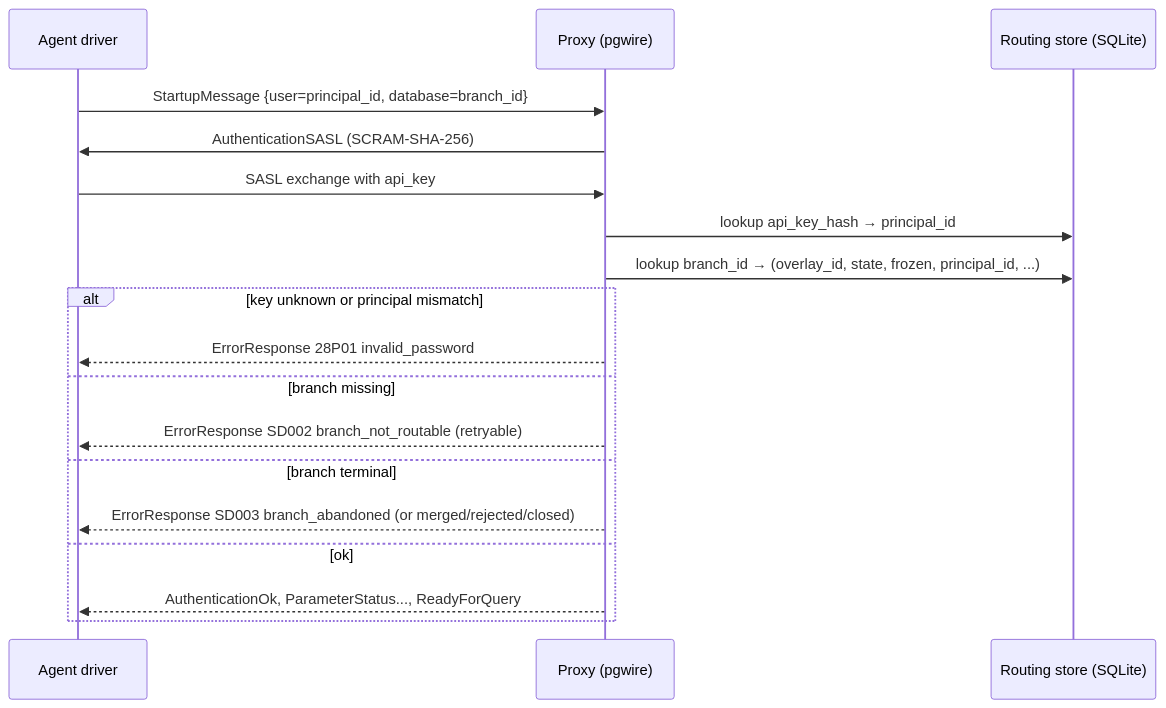
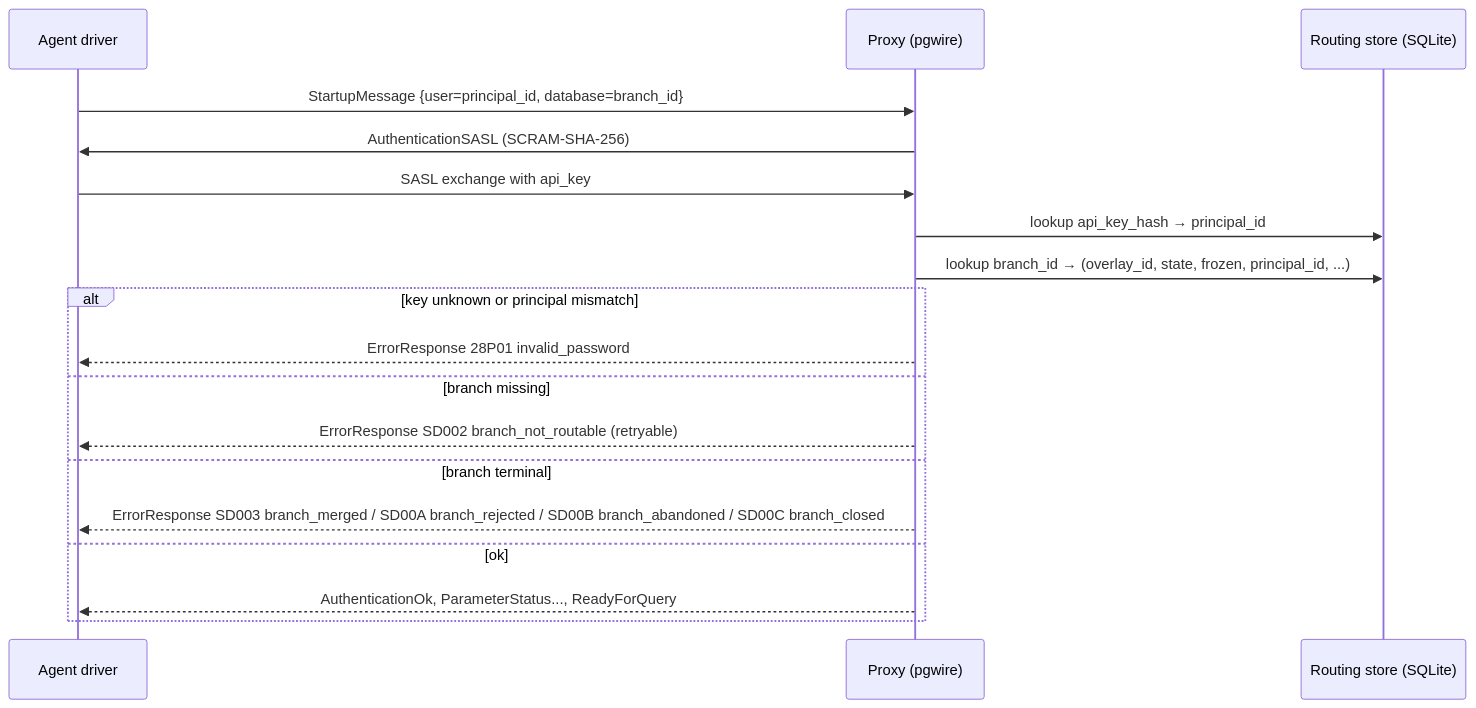
One commit to sunprema/steward changed the first of 3 diagrams in docs/10-components/04-write-proxy.md. Above: the diagram before and after it, drawn with Mermaid. The commit also changed other lines of this file and 10 other files, not shown here.

````diff
--- a/docs/10-components/04-write-proxy.md
+++ b/docs/10-components/04-write-proxy.md
@@ -83,21 +83,21 @@
 ```mermaid
 sequenceDiagram
     participant A as Agent driver
     participant P as Proxy (pgwire)
     participant RS as Routing store (SQLite)
 
     A->>P: StartupMessage {user=principal_id, database=branch_id}
     P->>A: AuthenticationSASL (SCRAM-SHA-256)
     A->>P: SASL exchange with api_key
     P->>RS: lookup api_key_hash → principal_id
     P->>RS: lookup branch_id → (overlay_id, state, frozen, principal_id, ...)
     alt key unknown or principal mismatch
         P-->>A: ErrorResponse 28P01 invalid_password
     else branch missing
         P-->>A: ErrorResponse SD002 branch_not_routable (retryable)
     else branch terminal
-        P-->>A: ErrorResponse SD003 branch_abandoned (or merged/rejected/closed)
+        P-->>A: ErrorResponse SD003 branch_merged / SD00A branch_rejected / SD00B branch_abandoned / SD00C branch_closed
     else ok
         P-->>A: AuthenticationOk, ParameterStatus..., ReadyForQuery
     end
 ```
````
